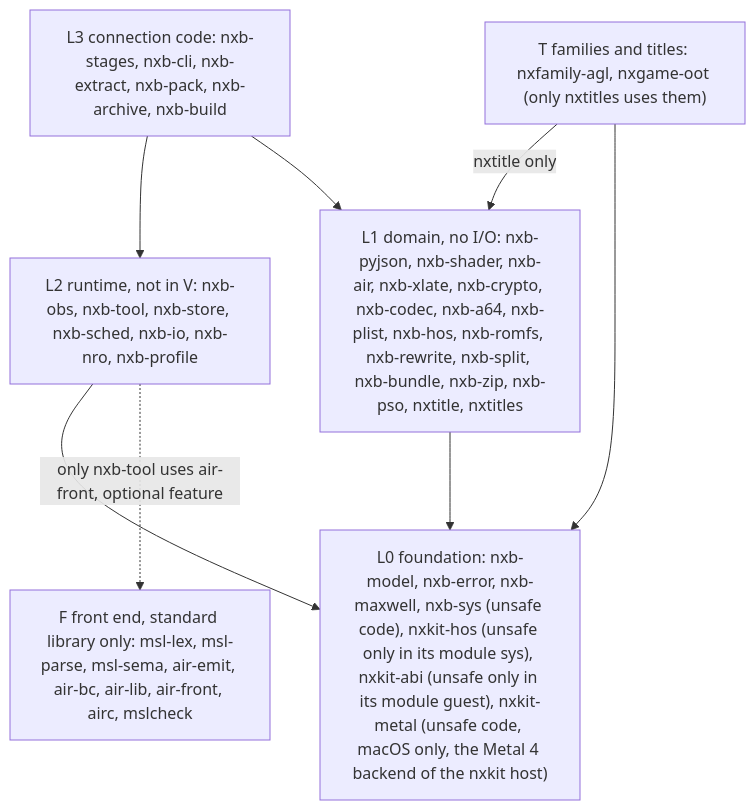
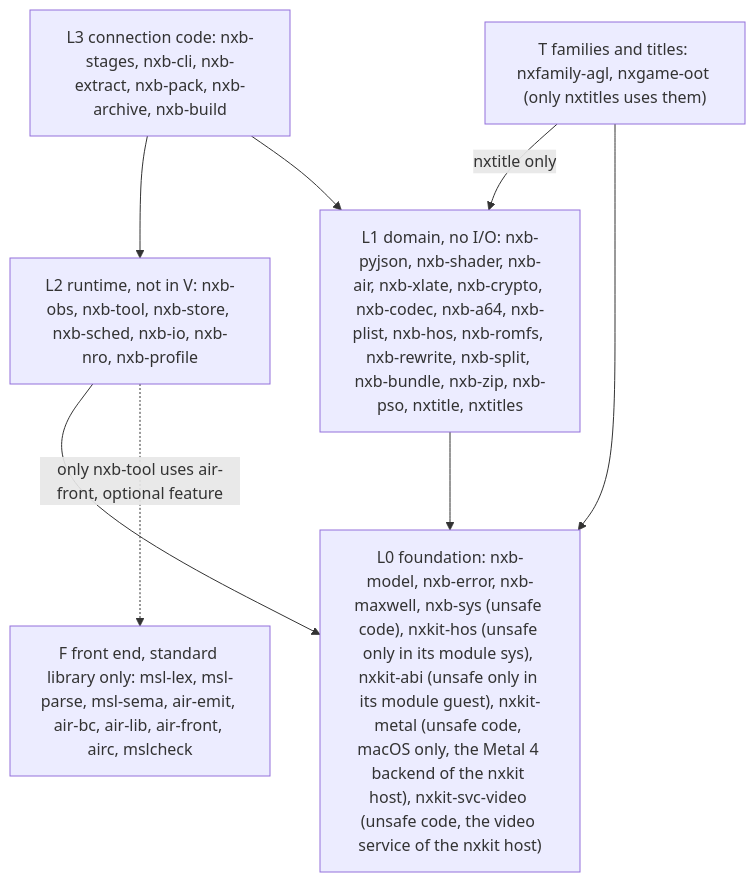
Before and after one commit to b4f8abbb24dbf56a7d0280f296e16eeb/nxkit: the first of 2 diagrams in docs/architecture.md, drawn with Mermaid. The commit also changed other lines of this file and 4 other files, not shown here.

Commit message:
Document the video service: R43, R44, third party notes, plan and changelog

````diff
--- a/docs/architecture.md
+++ b/docs/architecture.md
@@ -19,14 +19,14 @@
 ```mermaid
 flowchart TD
   L3["L3 connection code: nxb-stages, nxb-cli, nxb-extract, nxb-pack, nxb-archive, nxb-build"]
   L2["L2 runtime, not in V: nxb-obs, nxb-tool, nxb-store, nxb-sched, nxb-io, nxb-nro, nxb-profile"]
   L1["L1 domain, no I/O: nxb-pyjson, nxb-shader, nxb-air, nxb-xlate, nxb-crypto, nxb-codec, nxb-a64, nxb-plist, nxb-hos, nxb-romfs, nxb-rewrite, nxb-split, nxb-bundle, nxb-zip, nxb-pso, nxtitle, nxtitles"]
-  L0["L0 foundation: nxb-model, nxb-error, nxb-maxwell, nxb-sys (unsafe code), nxkit-hos (unsafe only in its module sys), nxkit-abi (unsafe only in its module guest), nxkit-metal (unsafe code, macOS only, the Metal 4 backend of the nxkit host)"]
+  L0["L0 foundation: nxb-model, nxb-error, nxb-maxwell, nxb-sys (unsafe code), nxkit-hos (unsafe only in its module sys), nxkit-abi (unsafe only in its module guest), nxkit-metal (unsafe code, macOS only, the Metal 4 backend of the nxkit host), nxkit-svc-video (unsafe code, the video service of the nxkit host)"]
   LT["T families and titles: nxfamily-agl, nxgame-oot (only nxtitles uses them)"]
   LF["F front end, standard library only: msl-lex, msl-parse, msl-sema, air-emit, air-bc, air-lib, air-front, airc, mslcheck"]
   L3 --> L2 --> L0
   L3 --> L1 --> L0
   LT -->|nxtitle only| L1
   LT --> L0
   L2 -.->|only nxb-tool uses air-front, optional feature| LF
 ```
````
